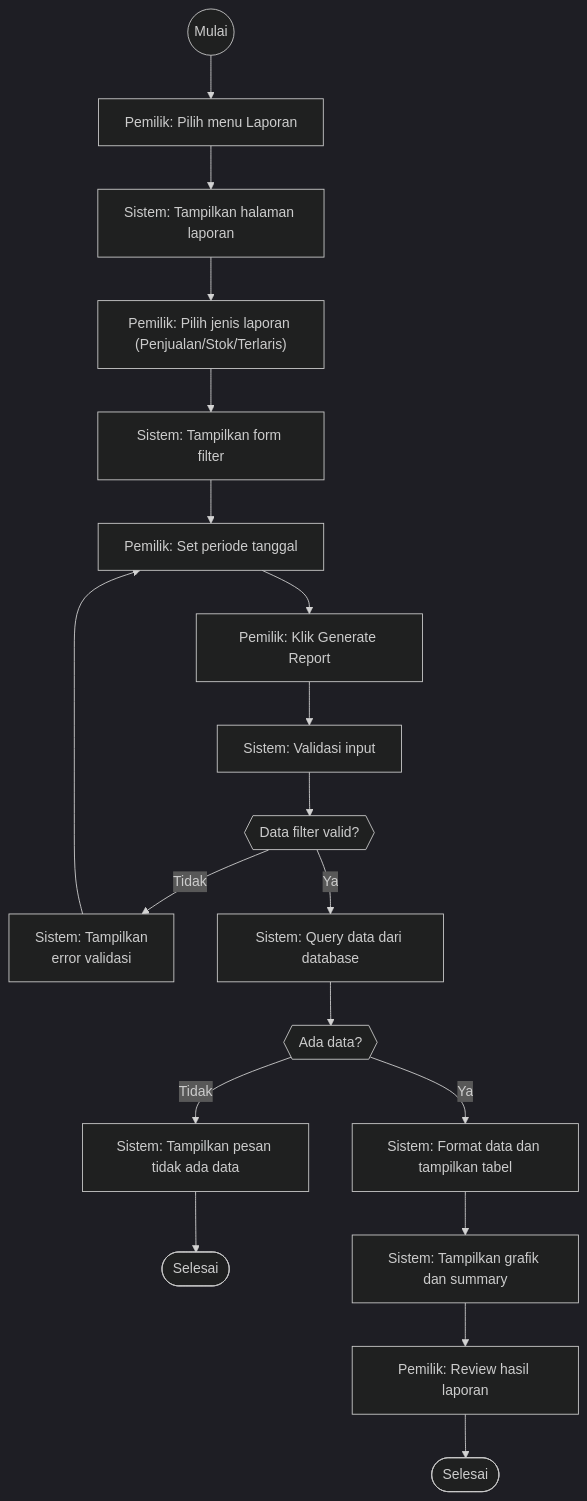
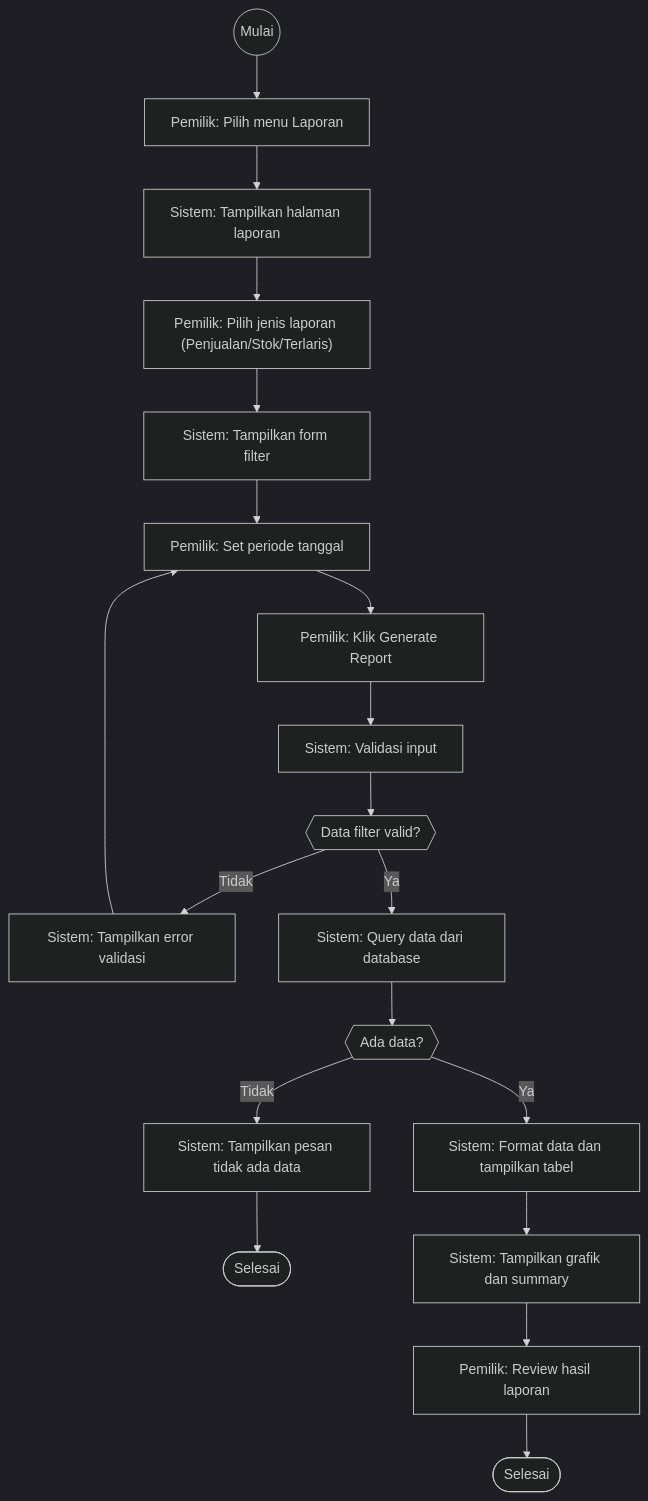
One commit to devWebs01/POS-DW changed diagram 32 of 40 in docs/4.2-perancangan-sistem.md. Above: the diagram before and after it, drawn with Mermaid (dark theme). The commit also changed other lines of this file, not shown here.

First line of the commit message:
fix: repair 14 broken mermaid diagrams (split arrows & multiline labels)

````diff
--- a/docs/4.2-perancangan-sistem.md
+++ b/docs/4.2-perancangan-sistem.md
@@ -1952,31 +1939,30 @@
 ```mermaid
 flowchart TD
   start((Mulai))
   A_A["Pemilik: Pilih menu Laporan"]
   start --> A_A
   S_A["Sistem: Tampilkan halaman laporan"]
   A_A --> S_A
   A_B["Pemilik: Pilih jenis laporan (Penjualan/Stok/Terlaris)"]
   S_A --> A_B
   S_B["Sistem: Tampilkan form filter"]
   A_B --> S_B
   A_C["Pemilik: Set periode tanggal"]
   S_B --> A_C
   A_D["Pemilik: Klik Generate Report"]
   A_C --> A_D
   S_C["Sistem: Validasi input"]
   A_D --> S_C
   D_A{{"Data filter valid?"}}
   S_C --> D_A
-  D_A -->|Tidak| E_A["Sistem: Tampilkan 
-error validasi"]
+  D_A -->|Tidak| E_A["Sistem: Tampilkan error validasi"]
   E_A --> A_C
   D_A -->|Ya| S_D["Sistem: Query data dari database"]
   S_D --> D_B{{"Ada data?"}}
   D_B -->|Tidak| E_B["Sistem: Tampilkan pesan tidak ada data"]
   E_B --> end_empty([Selesai])
   D_B -->|Ya| S_E["Sistem: Format data dan tampilkan tabel"]
   S_E --> S_F["Sistem: Tampilkan grafik dan summary"]
   S_F --> A_E["Pemilik: Review hasil laporan"]
   A_E --> end_success([Selesai])
 ```
````
